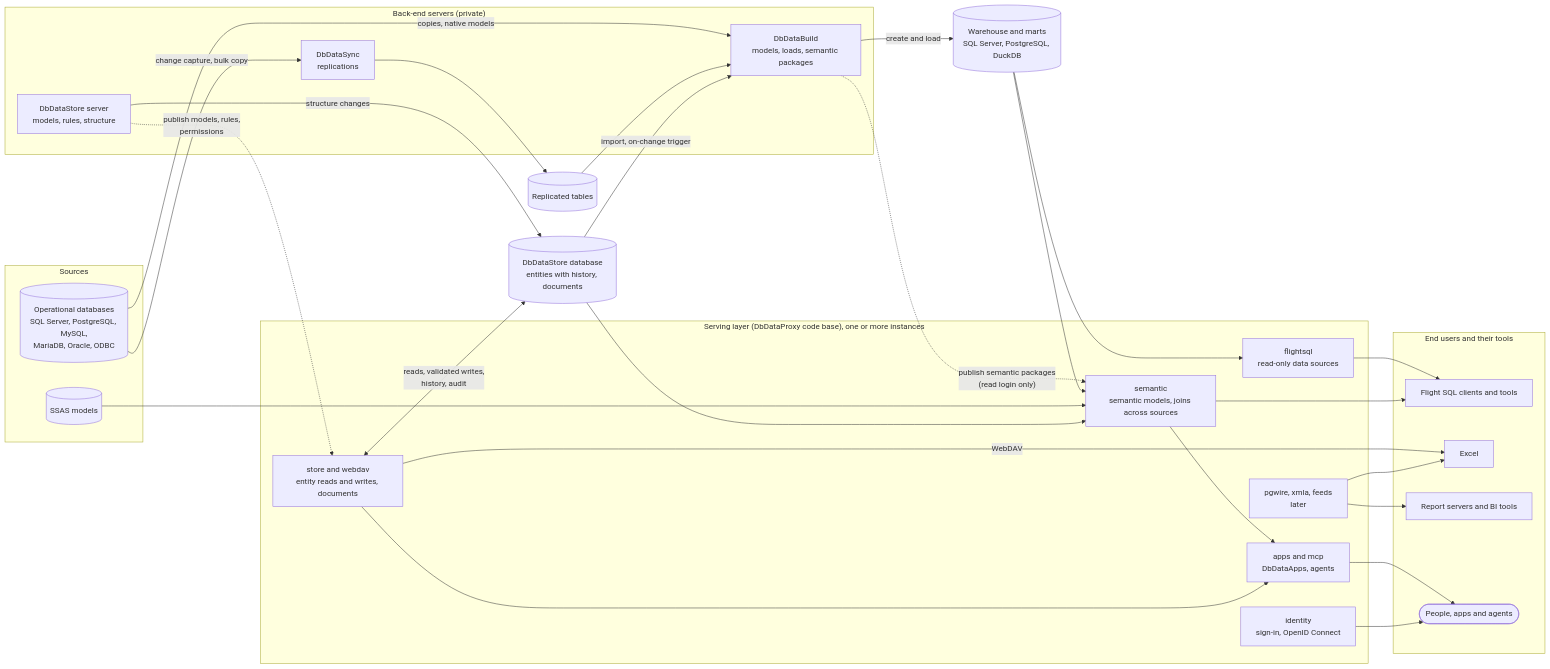
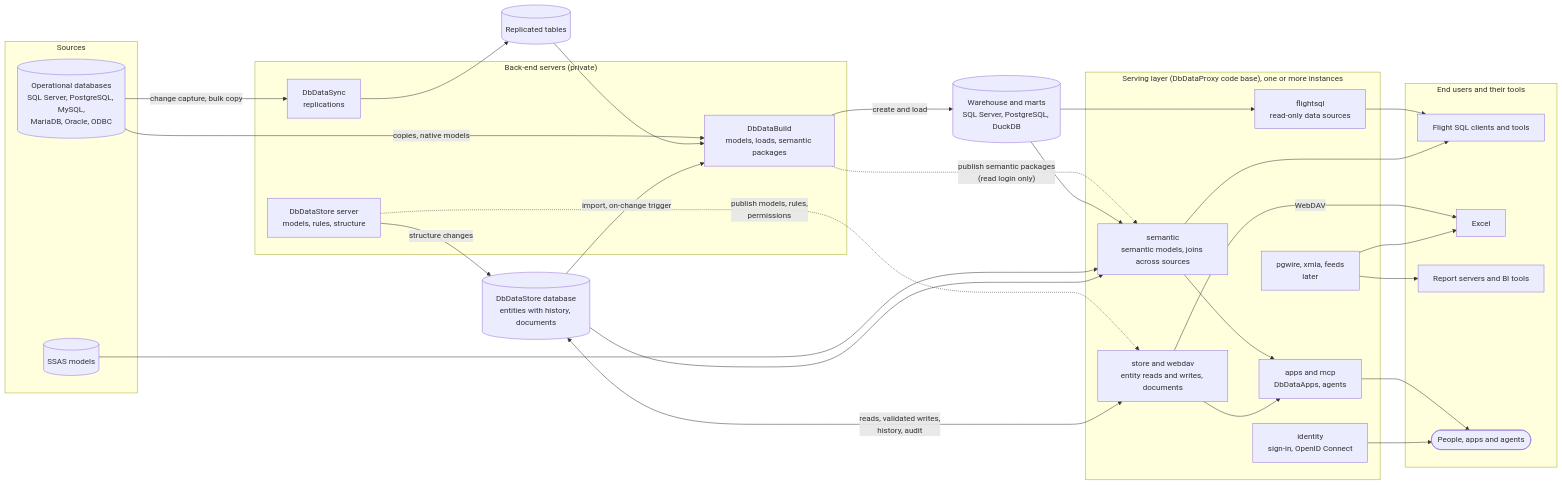
One commit to DbDataSync/DbDataKit changed the first of 2 diagrams in docs/suite-data-flow.md. Above: the diagram before and after it, drawn with Mermaid.

Commit message:
Data flow diagram: place the DbDataStore database beside the warehouse
The two-way edge between the store module and the database was written
with the module first, so the layout ranked the database after the
serving layer. Writing it from the database keeps it with the other
databases.

Claude-Session: https://claude.ai/code/session_012sf74TTXPXS9FPZ66KcdXS

````diff
--- a/docs/suite-data-flow.md
+++ b/docs/suite-data-flow.md
@@ -9,60 +9,60 @@
 ```mermaid
 flowchart LR
     subgraph SRC["Sources"]
         SDB[("Operational databases<br/>SQL Server, PostgreSQL, MySQL,<br/>MariaDB, Oracle, ODBC")]
         SSAS[("SSAS models")]
     end
 
     subgraph BACK["Back-end servers (private)"]
         REP["DbDataSync<br/>replications"]
         MODELS["DbDataBuild<br/>models, loads, semantic packages"]
         STOREDEF["DbDataStore server<br/>models, rules, structure"]
     end
 
     STAGE[("Replicated tables")]
     WH[("Warehouse and marts<br/>SQL Server, PostgreSQL, DuckDB")]
     ENT[("DbDataStore database<br/>entities with history, documents")]
 
     subgraph EDGE["Serving layer (DbDataProxy code base), one or more instances"]
         DS["flightsql<br/>read-only data sources"]
         SEM["semantic<br/>semantic models, joins across sources"]
         STOREMOD["store and webdav<br/>entity reads and writes, documents"]
         APPSMOD["apps and mcp<br/>DbDataApps, agents"]
         IDMOD["identity<br/>sign-in, OpenID Connect"]
         LATER["pgwire, xmla, feeds<br/>later"]
     end
 
     subgraph USE["End users and their tools"]
         CLIENTS["Flight SQL clients and tools"]
         EXCEL["Excel"]
         BI["Report servers and BI tools"]
         PEOPLE(["People, apps and agents"])
     end
 
     SDB -->|"change capture, bulk copy"| REP
     REP --> STAGE
     SDB -->|"copies, native models"| MODELS
     STAGE --> MODELS
     ENT -->|"import, on-change trigger"| MODELS
     MODELS -->|"create and load"| WH
     STOREDEF -->|"structure changes"| ENT
 
     MODELS -.->|"publish semantic packages<br/>(read login only)"| SEM
     STOREDEF -.->|"publish models, rules,<br/>permissions"| STOREMOD
 
     WH --> DS
     WH --> SEM
     SSAS --> SEM
     ENT --> SEM
-    STOREMOD <-->|"reads, validated writes,<br/>history, audit"| ENT
+    ENT <-->|"reads, validated writes,<br/>history, audit"| STOREMOD
 
     DS --> CLIENTS
     SEM --> CLIENTS
     SEM --> APPSMOD
     STOREMOD --> APPSMOD
     STOREMOD -->|"WebDAV"| EXCEL
     LATER --> EXCEL
     LATER --> BI
     APPSMOD --> PEOPLE
     IDMOD --> PEOPLE
 ```
````
